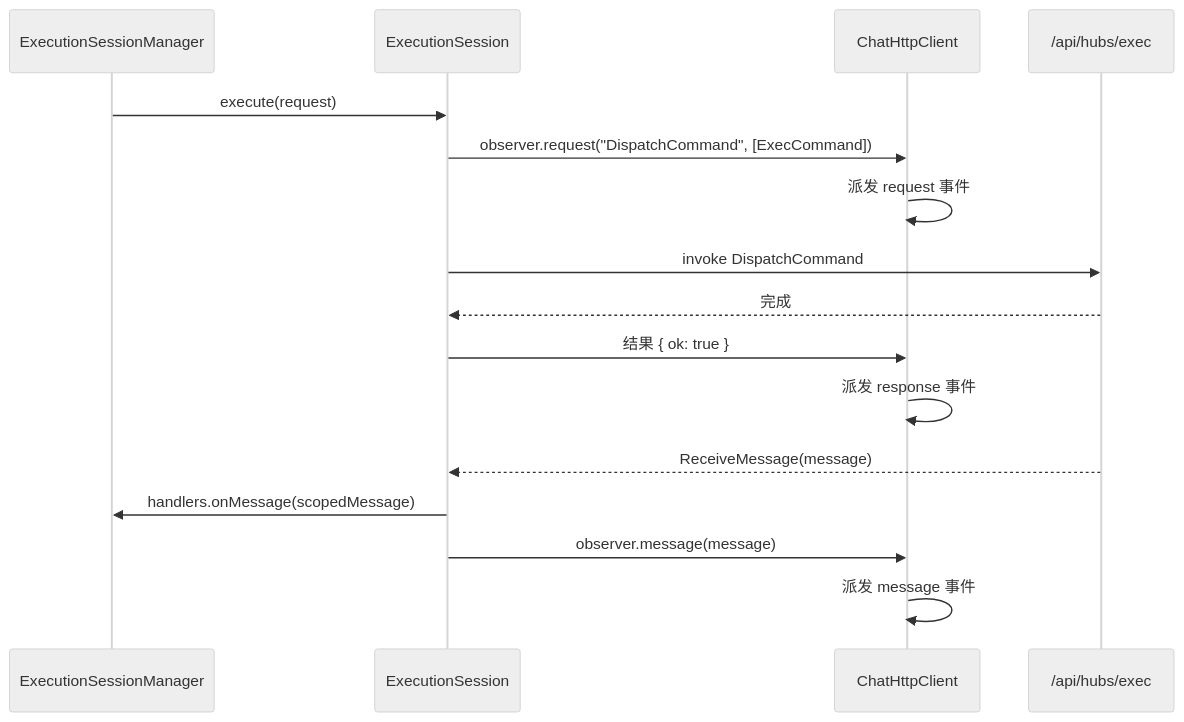
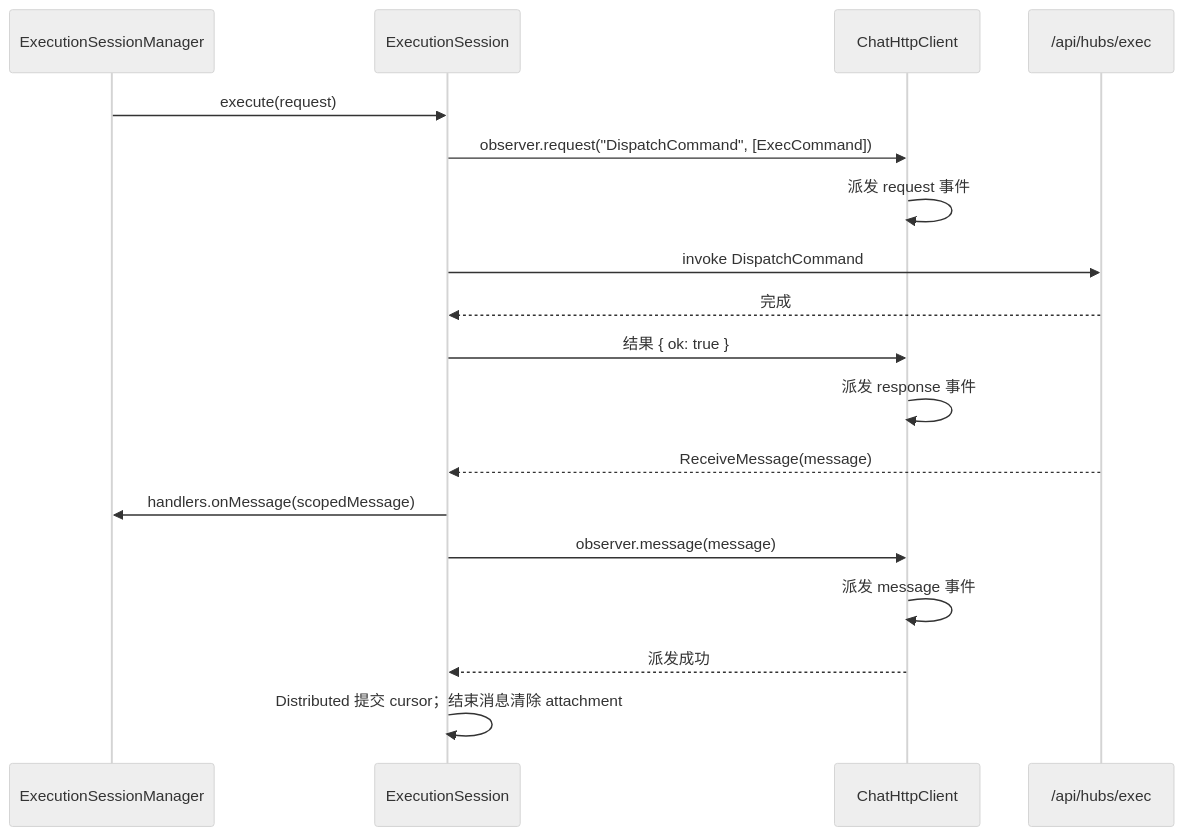
The second of 4 diagrams in docs/designs/2026-10-23-ChatHttpClient与通信事件订阅.md (zxyao145/agw), drawn with Mermaid (neutral theme) before and after one commit. The commit also changed other lines of this file and 2 other files, not shown here.

````diff
--- a/docs/designs/2026-10-23-ChatHttpClient与通信事件订阅.md
+++ b/docs/designs/2026-10-23-ChatHttpClient与通信事件订阅.md
@@ -510,18 +516,20 @@
 ```mermaid
 sequenceDiagram
   participant M as ExecutionSessionManager
   participant S as ExecutionSession
   participant C as ChatHttpClient
   participant Hub as /api/hubs/exec
   M->>S: execute(request)
   S->>C: observer.request("DispatchCommand", [ExecCommand])
   C->>C: 派发 request 事件
   S->>Hub: invoke DispatchCommand
   Hub-->>S: 完成
   S->>C: 结果 { ok: true }
   C->>C: 派发 response 事件
   Hub-->>S: ReceiveMessage(message)
   S->>M: handlers.onMessage(scopedMessage)
   S->>C: observer.message(message)
   C->>C: 派发 message 事件
+  C-->>S: 派发成功
+  S->>S: Distributed 提交 cursor；结束消息清除 attachment
 ```
````
